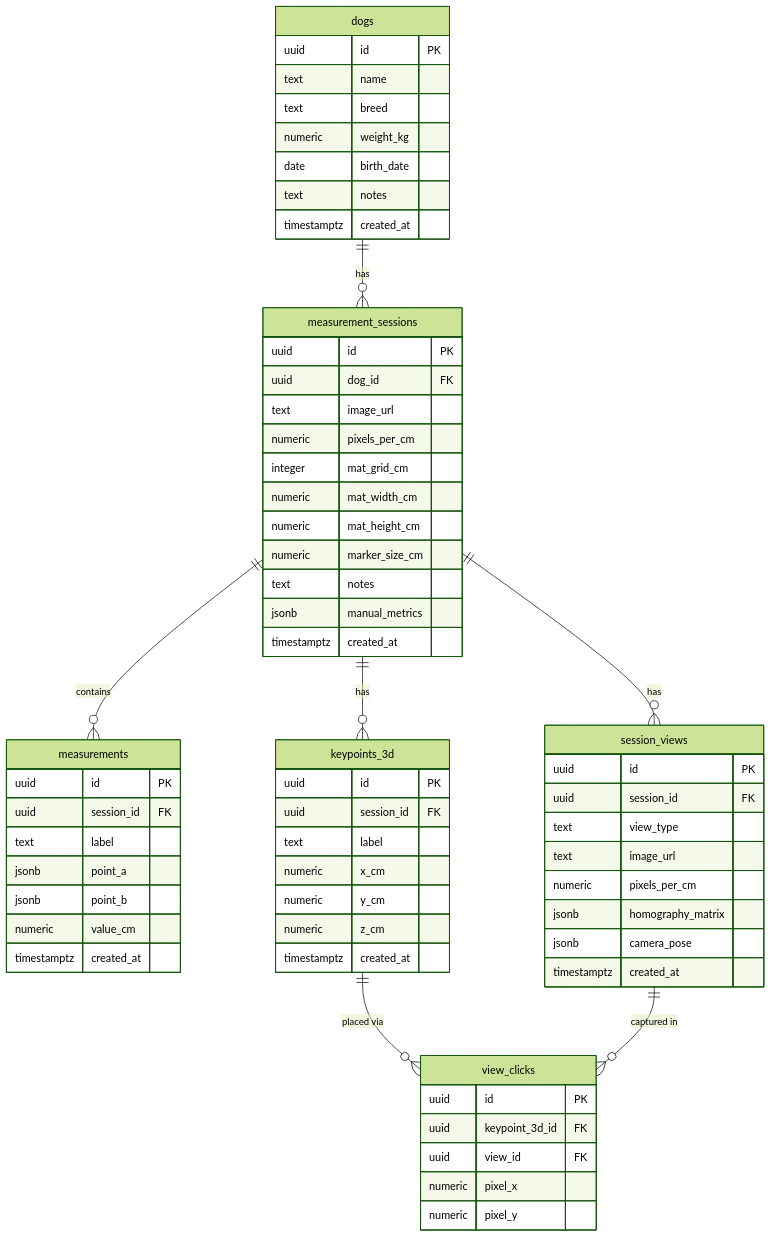
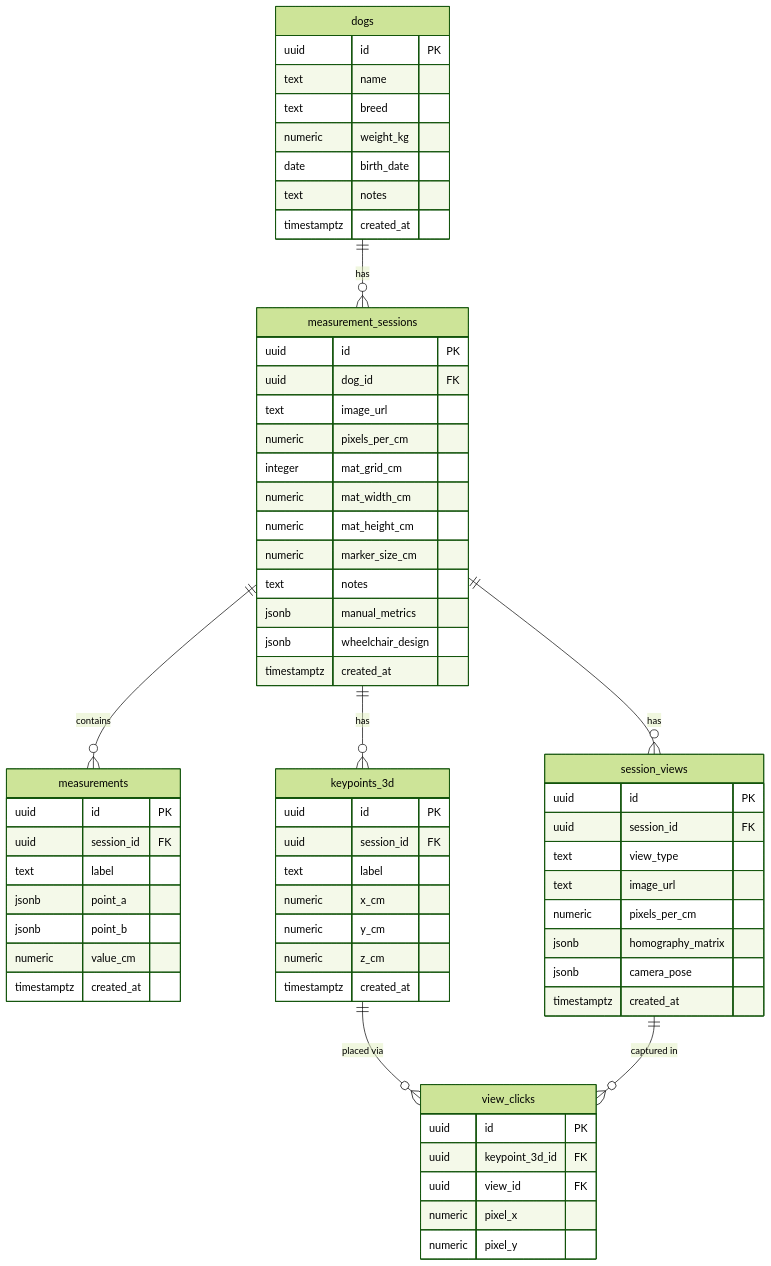
Before and after one commit to yamagishi-shodai/OwnFeetProject: the diagram in docs/spec.md, drawn with Mermaid (forest theme). The commit also changed other lines of this file and 14 other files, not shown here.

````diff
--- a/docs/spec.md
+++ b/docs/spec.md
@@ -60,72 +60,73 @@
 ```mermaid
 erDiagram
     dogs {
         uuid id PK
         text name
         text breed
         numeric weight_kg
         date birth_date
         text notes
         timestamptz created_at
     }
 
     measurement_sessions {
         uuid id PK
         uuid dog_id FK
         text image_url
         numeric pixels_per_cm
         integer mat_grid_cm
         numeric mat_width_cm
         numeric mat_height_cm
         numeric marker_size_cm
         text notes
         jsonb manual_metrics
+        jsonb wheelchair_design
         timestamptz created_at
     }
 
     measurements {
         uuid id PK
         uuid session_id FK
         text label
         jsonb point_a
         jsonb point_b
         numeric value_cm
         timestamptz created_at
     }
 
     session_views {
         uuid id PK
         uuid session_id FK
         text view_type
         text image_url
         numeric pixels_per_cm
         jsonb homography_matrix
         jsonb camera_pose
         timestamptz created_at
     }
 
     keypoints_3d {
         uuid id PK
         uuid session_id FK
         text label
         numeric x_cm
         numeric y_cm
         numeric z_cm
         timestamptz created_at
     }
 
     view_clicks {
         uuid id PK
         uuid keypoint_3d_id FK
         uuid view_id FK
         numeric pixel_x
         numeric pixel_y
     }
 
     dogs ||--o{ measurement_sessions : "has"
     measurement_sessions ||--o{ measurements : "contains"
     measurement_sessions ||--o{ session_views : "has"
     measurement_sessions ||--o{ keypoints_3d : "has"
     keypoints_3d ||--o{ view_clicks : "placed via"
     session_views ||--o{ view_clicks : "captured in"
 ```
````
